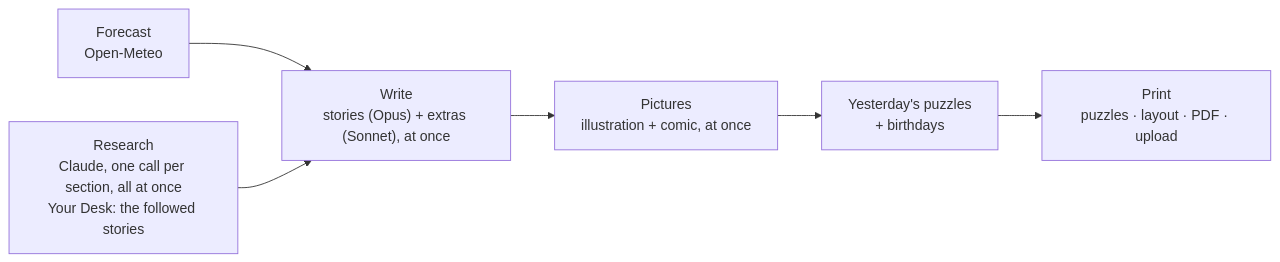
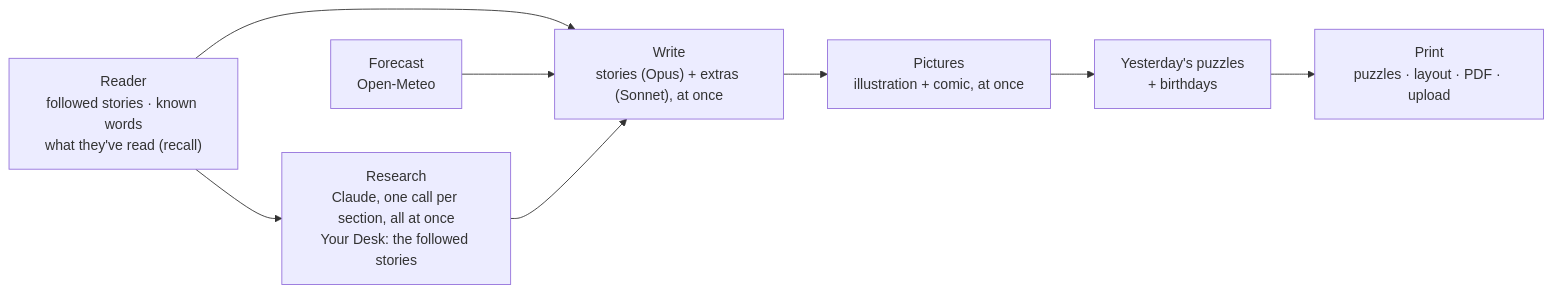
The second of 3 diagrams in docs/ARCHITECTURE.md (chieri518/daily-print), drawn with Mermaid before and after one commit. The commit also changed other lines of this file and 12 other files, not shown here.

First line of the commit message:
Story ids and recall: the paper remembers what the reader has read

````diff
--- a/docs/ARCHITECTURE.md
+++ b/docs/ARCHITECTURE.md
@@ -63,8 +63,9 @@
 ```mermaid
 flowchart LR
+  R["Reader<br/>followed stories · known words<br/>what they've read (recall)"] --> B & C
   A["Forecast<br/>Open-Meteo"] --> C
   B["Research<br/>Claude, one call per section, all at once<br/>Your Desk: the followed stories"] --> C["Write<br/>stories (Opus) + extras (Sonnet), at once"]
   C --> D["Pictures<br/>illustration + comic, at once"]
   D --> E["Yesterday's puzzles<br/>+ birthdays"]
   E --> F["Print<br/>puzzles · layout · PDF · upload"]
 ```
````
